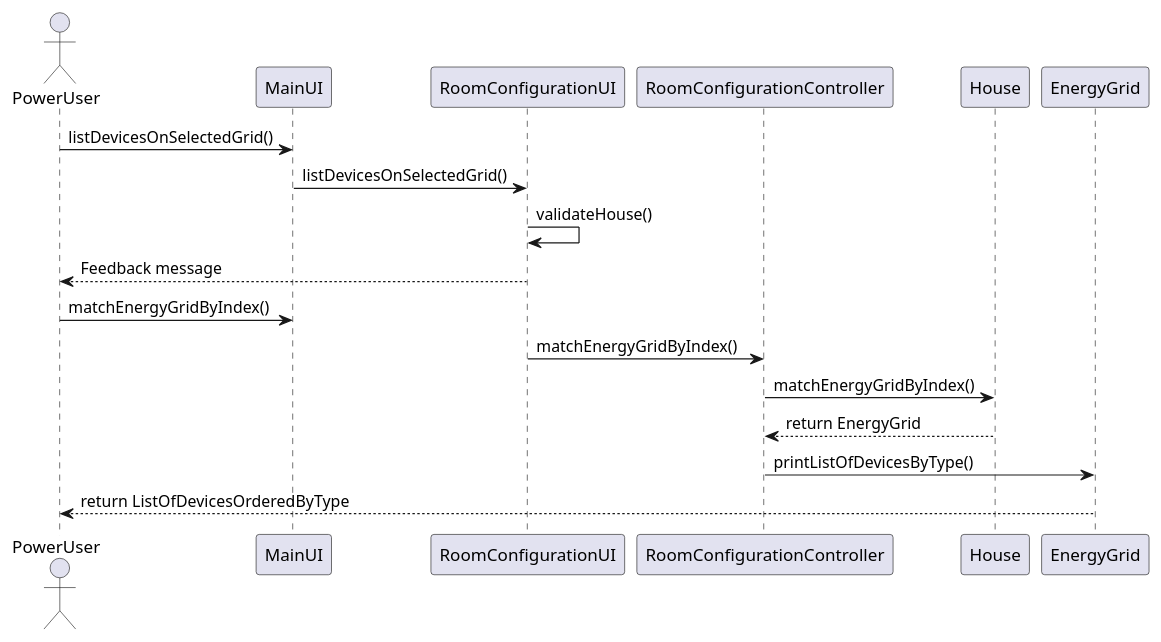
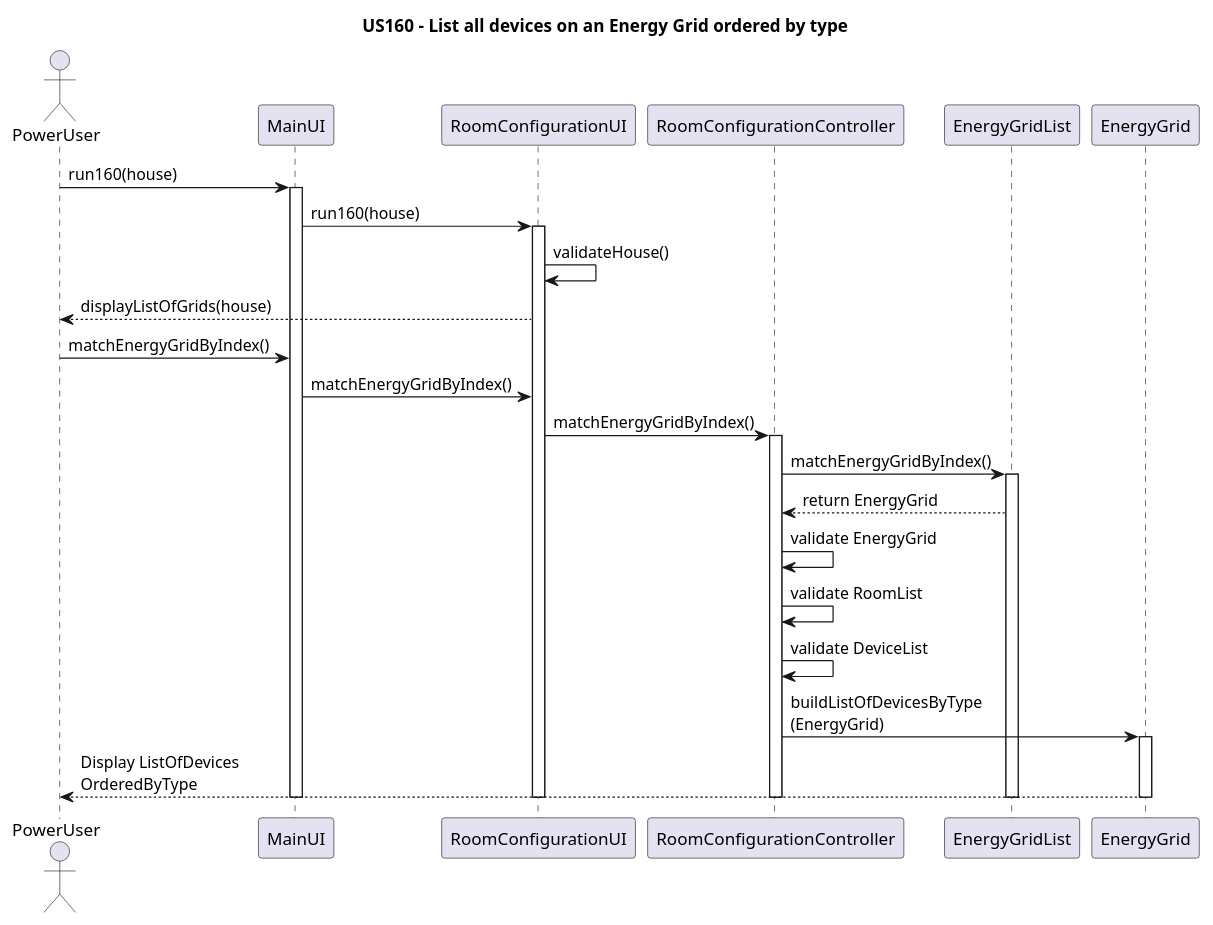
Before and after one commit to Almadanmp/project: the diagram in uml/US160.puml, drawn with PlantUML.

Commit message:
US 160
UML 100% done.

```diff
--- a/uml/US160.puml
+++ b/uml/US160.puml
@@ -1,13 +1,28 @@
 @startuml
+title US160 - List all devices on an Energy Grid ordered by type
 actor PowerUser
-PowerUser -> MainUI: listDevicesOnSelectedGrid()
-MainUI -> RoomConfigurationUI: listDevicesOnSelectedGrid()
+PowerUser -> MainUI: run160(house)
+activate MainUI
+MainUI -> RoomConfigurationUI: run160(house)
+activate RoomConfigurationUI
 RoomConfigurationUI -> RoomConfigurationUI: validateHouse()
-RoomConfigurationUI --> PowerUser: Feedback message
+RoomConfigurationUI --> PowerUser: displayListOfGrids(house)
 PowerUser -> MainUI: matchEnergyGridByIndex()
+MainUI -> RoomConfigurationUI: matchEnergyGridByIndex()
 RoomConfigurationUI -> RoomConfigurationController: matchEnergyGridByIndex()
-RoomConfigurationController -> House: matchEnergyGridByIndex()
-House --> RoomConfigurationController: return EnergyGrid
-RoomConfigurationController -> EnergyGrid: printListOfDevicesByType()
-EnergyGrid --> PowerUser: return ListOfDevicesOrderedByType
+activate RoomConfigurationController
+RoomConfigurationController -> EnergyGridList: matchEnergyGridByIndex()
+activate EnergyGridList
+EnergyGridList --> RoomConfigurationController: return EnergyGrid
+RoomConfigurationController -> RoomConfigurationController: validate EnergyGrid
+RoomConfigurationController -> RoomConfigurationController: validate RoomList
+RoomConfigurationController -> RoomConfigurationController: validate DeviceList
+RoomConfigurationController -> EnergyGrid: buildListOfDevicesByType\n(EnergyGrid)
+activate EnergyGrid
+EnergyGrid --> PowerUser: Display ListOfDevices \nOrderedByType
+deactivate MainUI
+deactivate RoomConfigurationUI
+deactivate RoomConfigurationController
+deactivate EnergyGridList
+deactivate EnergyGrid
 @enduml
```
